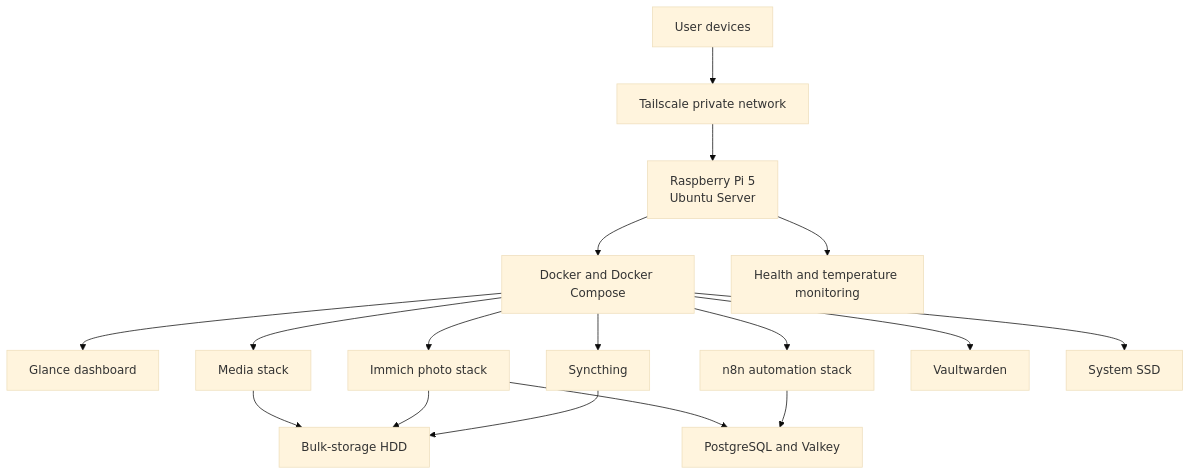
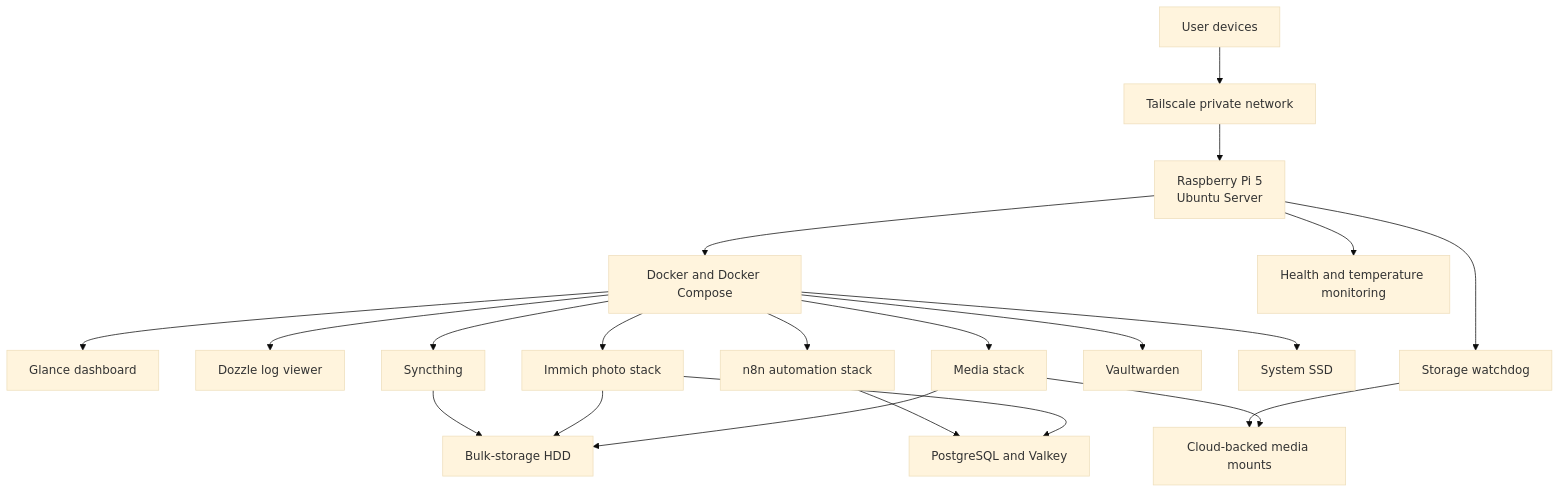
One commit to Joyaaall/homelab changed the first of 2 diagrams in Readme.md. Above: the diagram before and after it, drawn with Mermaid (base theme). The commit also changed other lines of this file, not shown here.

Commit message:
Added Dozzle, cloud-backed media mounts, storage watchdog, and managed tunnel

````diff
--- a/Readme.md
+++ b/Readme.md
@@ -19,39 +20,46 @@
 ```mermaid
 flowchart TD
     User[User devices]
     VPN[Tailscale private network]
     Host[Raspberry Pi 5<br/>Ubuntu Server]
     Docker[Docker and Docker Compose]
 
     Dashboard[Glance dashboard]
+    Logs[Dozzle log viewer]
     Media[Media stack]
     Photos[Immich photo stack]
     Automation[n8n automation stack]
     Sync[Syncthing]
     Vault[Vaultwarden]
 
     Databases[PostgreSQL and Valkey]
     SSD[System SSD]
     HDD[Bulk-storage HDD]
+    Cloud[Cloud-backed media mounts]
     Monitor[Health and temperature monitoring]
+    Watchdog[Storage watchdog]
 
     User --> VPN
     VPN --> Host
     Host --> Docker
     Host --> Monitor
 
     Docker --> Dashboard
+    Docker --> Logs
     Docker --> Media
     Docker --> Photos
     Docker --> Automation
     Docker --> Sync
     Docker --> Vault
 
     Photos --> Databases
     Automation --> Databases
 
     Docker --> SSD
     Media --> HDD
+    Media --> Cloud
     Photos --> HDD
     Sync --> HDD
+    Host --> Watchdog
+    Watchdog --> Cloud
 ```
````
